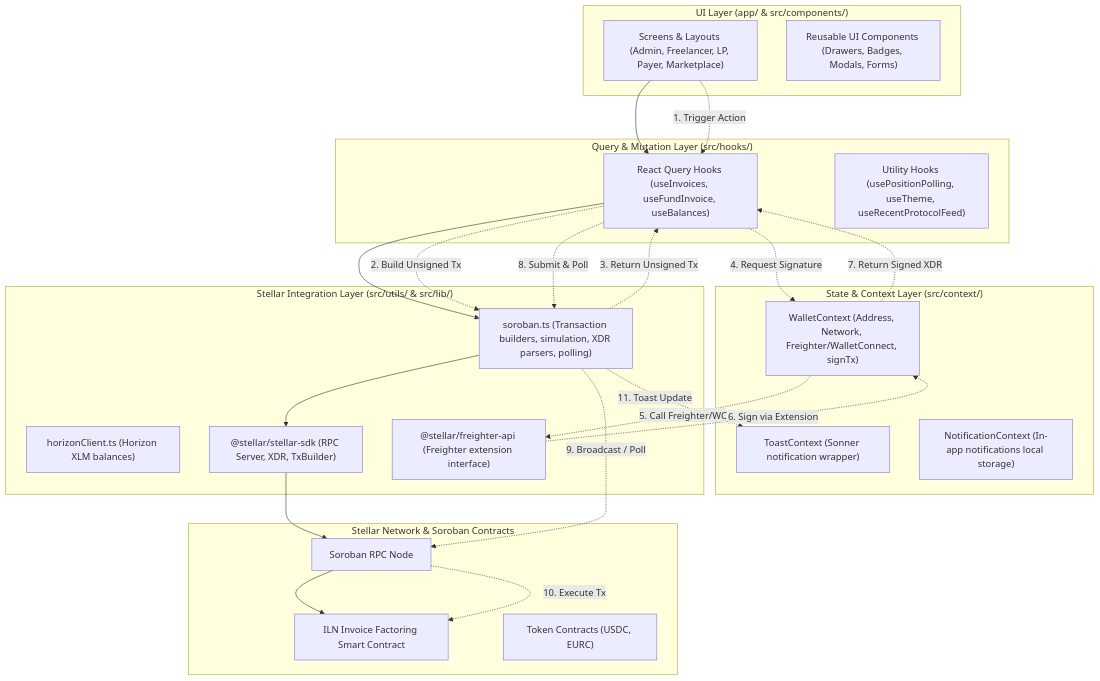
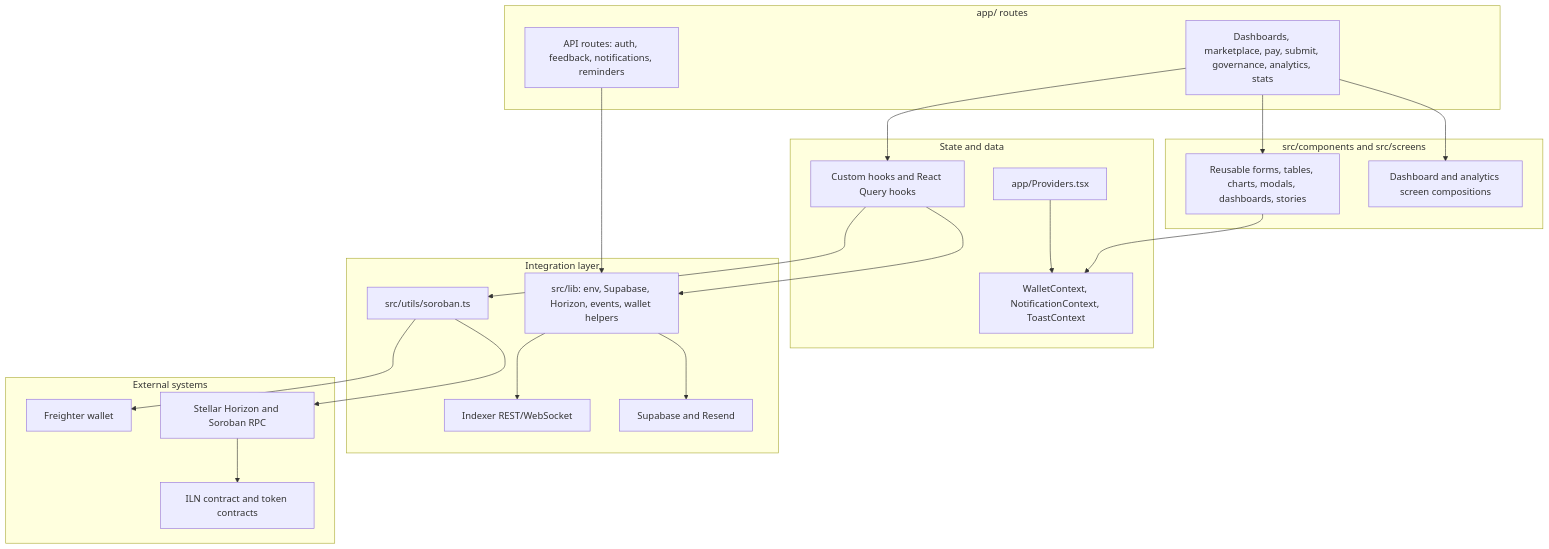
One commit to Invoice-Liquidity-Network/ILN-Frontend changed the diagram in docs/architecture.md. Above: the diagram before and after it, drawn with Mermaid. The commit also changed other lines of this file and 6 other files, not shown here.

````diff
--- a/docs/architecture.md
+++ b/docs/architecture.md
@@ -11,51 +11,45 @@
 ```mermaid
 graph TD
-    subgraph UI ["UI Layer (app/ & src/components/)"]
-        Dashboard["Screens & Layouts (Admin, Freelancer, LP, Payer, Marketplace)"]
-        UIComponents["Reusable UI Components (Drawers, Badges, Modals, Forms)"]
+    subgraph Routes ["app/ routes"]
+        Product["Dashboards, marketplace, pay, submit, governance, analytics, stats"]
+        Api["API routes: auth, feedback, notifications, reminders"]
     end
 
-    subgraph State ["State & Context Layer (src/context/)"]
-        WalletCtx["WalletContext (Address, Network, Freighter/WalletConnect, signTx)"]
-        ToastCtx["ToastContext (Sonner notification wrapper)"]
-        NotificationCtx["NotificationContext (In-app notifications local storage)"]
+    subgraph UI ["src/components and src/screens"]
+        Components["Reusable forms, tables, charts, modals, dashboards, stories"]
+        Screens["Dashboard and analytics screen compositions"]
     end
 
-    subgraph Hooks ["Query & Mutation Layer (src/hooks/)"]
-        RQHooks["React Query Hooks (useInvoices, useFundInvoice, useBalances)"]
-        UtilHooks["Utility Hooks (usePositionPolling, useTheme, useRecentProtocolFeed)"]
+    subgraph State ["State and data"]
+        Context["WalletContext, NotificationContext, ToastContext"]
+        Hooks["Custom hooks and React Query hooks"]
+        Providers["app/Providers.tsx"]
     end
 
-    subgraph Core ["Stellar Integration Layer (src/utils/ & src/lib/)"]
-        SorobanUtil["soroban.ts (Transaction builders, simulation, XDR parsers, polling)"]
-        HorizonClient["horizonClient.ts (Horizon XLM balances)"]
-        StellarSDK["@stellar/stellar-sdk (RPC Server, XDR, TxBuilder)"]
-        FreighterAPI["@stellar/freighter-api (Freighter extension interface)"]
+    subgraph Services ["Integration layer"]
+        Soroban["src/utils/soroban.ts"]
+        Lib["src/lib: env, Supabase, Horizon, events, wallet helpers"]
+        Indexer["Indexer REST/WebSocket"]
+        Email["Supabase and Resend"]
     end
 
-    subgraph Chain ["Stellar Network & Soroban Contracts"]
-        SorobanRPC["Soroban RPC Node"]
-        ILNContract["ILN Invoice Factoring Smart Contract"]
-        TokenContract["Token Contracts (USDC, EURC)"]
+    subgraph Network ["External systems"]
+        Wallet["Freighter wallet"]
+        Stellar["Stellar Horizon and Soroban RPC"]
+        Contract["ILN contract and token contracts"]
     end
 
-    %% Connections
-    Dashboard --> RQHooks
-    RQHooks --> SorobanUtil
-    SorobanUtil --> StellarSDK
-    StellarSDK --> SorobanRPC
-    SorobanRPC --> ILNContract
-
-    %% Write Flow (Dotted)
-    Dashboard -.->|1. Trigger Action| RQHooks
-    RQHooks -.->|2. Build Unsigned Tx| SorobanUtil
-    SorobanUtil -.->|3. Return Unsigned Tx| RQHooks
-    RQHooks -.->|4. Request Signature| WalletCtx
-    WalletCtx -.->|5. Call Freighter/WC| FreighterAPI
-    FreighterAPI -.->|6. Sign via Extension| WalletCtx
-    WalletCtx -.->|7. Return Signed XDR| RQHooks
-    RQHooks -.->|8. Submit & Poll| SorobanUtil
-    SorobanUtil -.->|9. Broadcast / Poll| SorobanRPC
-    SorobanRPC -.->|10. Execute Tx| ILNContract
-    SorobanUtil -.->|11. Toast Update| ToastCtx
+    Product --> Components
+    Product --> Screens
+    Product --> Hooks
+    Api --> Lib
+    Providers --> Context
+    Hooks --> Soroban
+    Hooks --> Lib
+    Components --> Context
+    Soroban --> Wallet
+    Soroban --> Stellar
+    Stellar --> Contract
+    Lib --> Indexer
+    Lib --> Email
 ```
````
